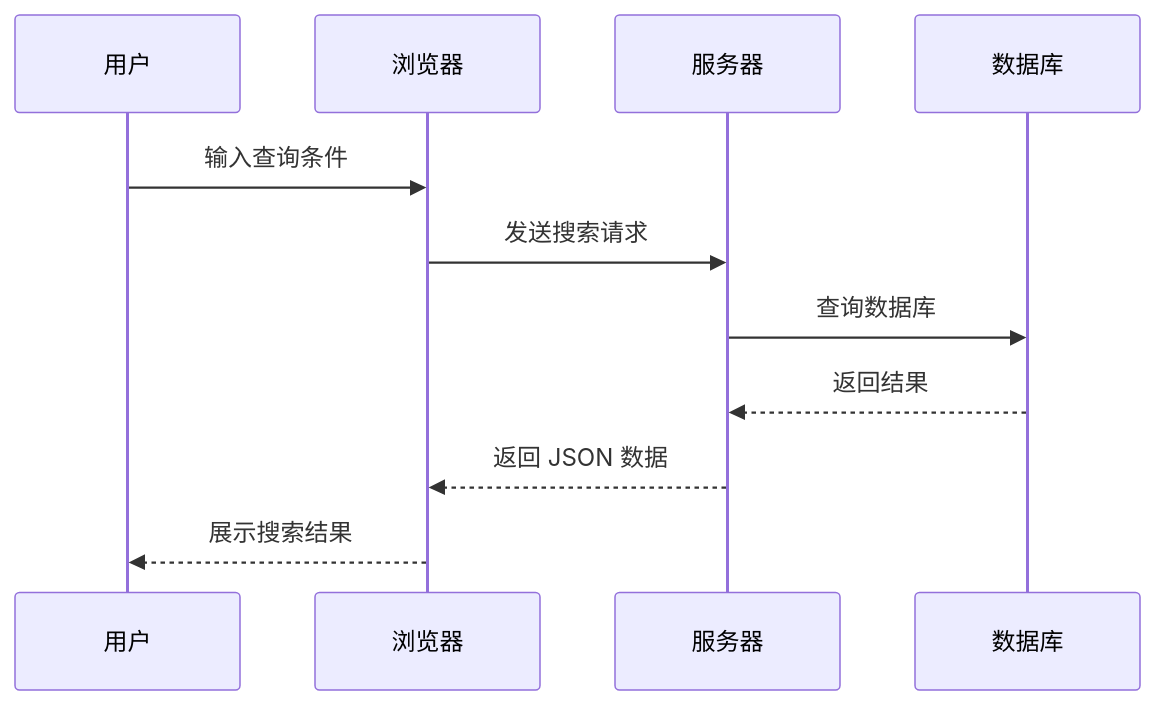
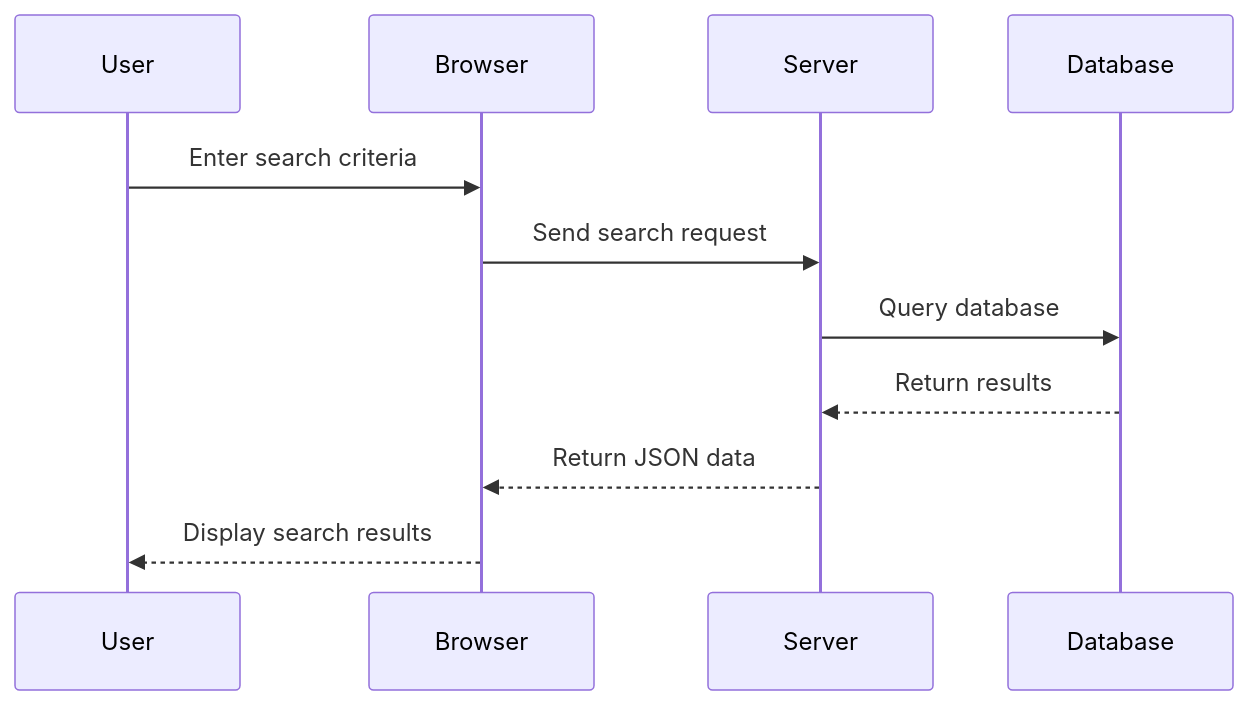
The second of 7 diagrams in src/content/blog/mermaid-demo/index.md (shakingshards-crypto/shakingshards-crypto.github.io), drawn with Mermaid before and after one commit. The commit also changed other lines of this file and 38 other files, not shown here.

````diff
--- a/src/content/blog/mermaid-demo/index.md
+++ b/src/content/blog/mermaid-demo/index.md
@@ -27,14 +27,14 @@
 ```mermaid
 sequenceDiagram
-    participant U as 用户
-    participant B as 浏览器
-    participant S as 服务器
-    participant D as 数据库
+    participant U as User
+    participant B as Browser
+    participant S as Server
+    participant D as Database
 
-    U->>B: 输入查询条件
-    B->>S: 发送搜索请求
-    S->>D: 查询数据库
-    D-->>S: 返回结果
-    S-->>B: 返回 JSON 数据
-    B-->>U: 展示搜索结果
+    U->>B: Enter search criteria
+    B->>S: Send search request
+    S->>D: Query database
+    D-->>S: Return results
+    S-->>B: Return JSON data
+    B-->>U: Display search results
 ```
````
